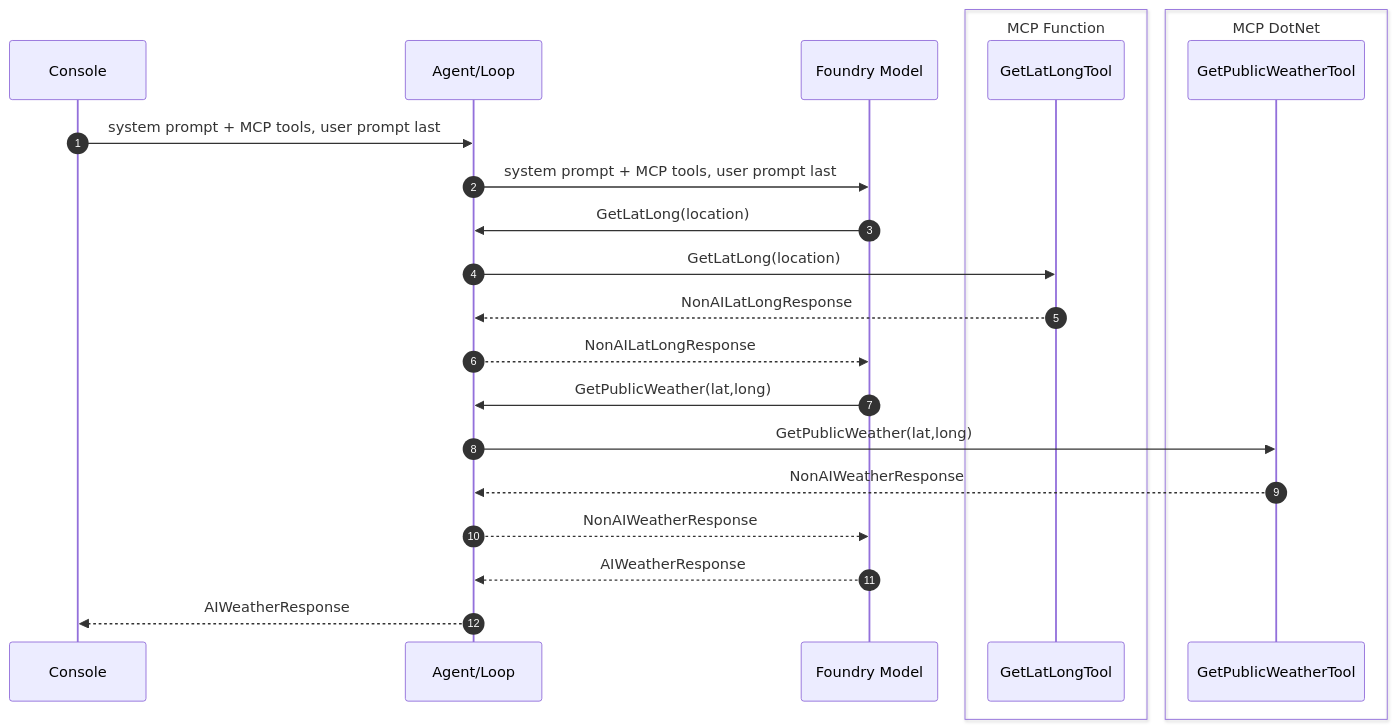
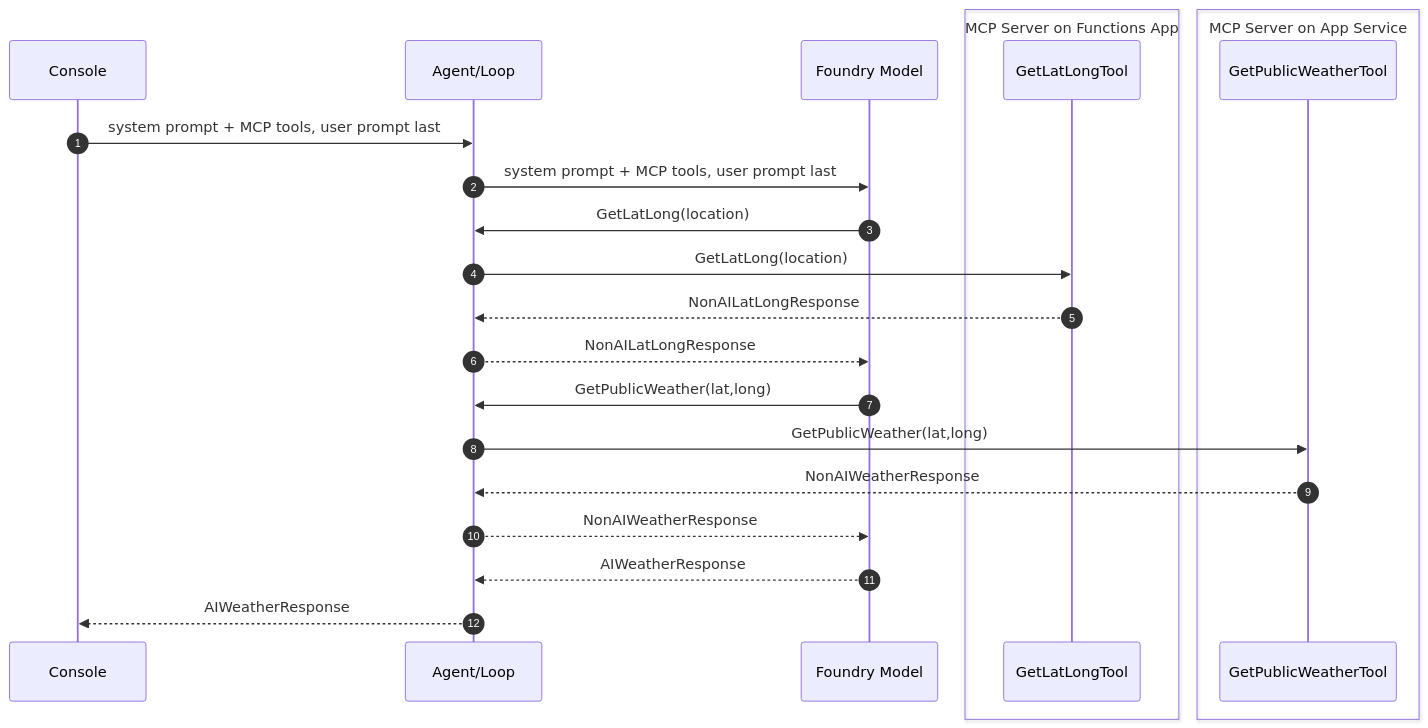
One commit to dustinkorzaan/weather-1116 changed the sixth of 8 diagrams in docs/4-demystifying-foundry-agents-mcp/demystifying-foundry-agents-mcp.md. Above: the diagram before and after it, drawn with Mermaid. The commit also changed other lines of this file and 55 other files, not shown here.

First line of the commit message:
Rename MCP hosts to mcp-srv-app-service and mcp-srv-func-app (#150)

````diff
--- a/docs/4-demystifying-foundry-agents-mcp/demystifying-foundry-agents-mcp.md
+++ b/docs/4-demystifying-foundry-agents-mcp/demystifying-foundry-agents-mcp.md
@@ -158,26 +158,26 @@
   ```mermaid
   sequenceDiagram
       autonumber
       participant Console
       participant AppLoop as Agent/Loop
       participant Model as Foundry Model
-      box MCP Function
+      box MCP Server on Functions App
           participant GetLatLongTool
       end
-      box MCP DotNet
+      box MCP Server on App Service
           participant GetPublicWeatherTool
       end
 
       Console->>AppLoop: system prompt + MCP tools, user prompt last
       AppLoop->>Model: system prompt + MCP tools, user prompt last
       Model->>AppLoop: GetLatLong(location)
       AppLoop->>GetLatLongTool: GetLatLong(location)
       GetLatLongTool-->>AppLoop: NonAILatLongResponse
       AppLoop-->>Model: NonAILatLongResponse
       Model->>AppLoop: GetPublicWeather(lat,long)
       AppLoop->>GetPublicWeatherTool: GetPublicWeather(lat,long)
       GetPublicWeatherTool-->>AppLoop: NonAIWeatherResponse
       AppLoop-->>Model: NonAIWeatherResponse
       Model-->>AppLoop: AIWeatherResponse
       AppLoop-->>Console: AIWeatherResponse
   ```
````
